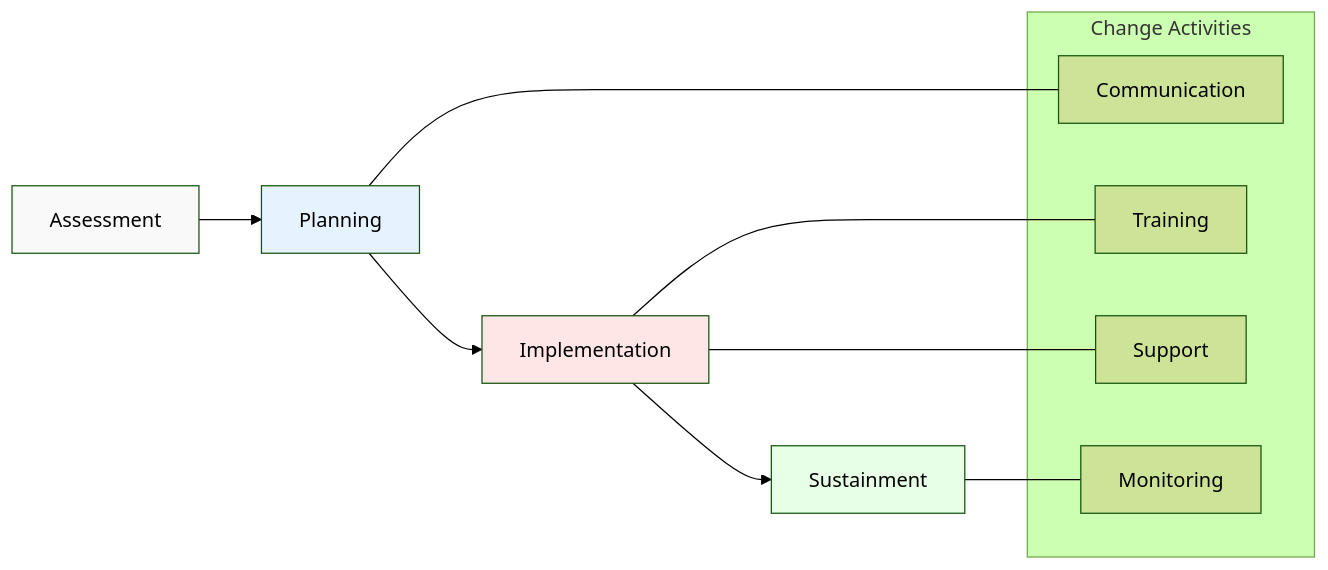
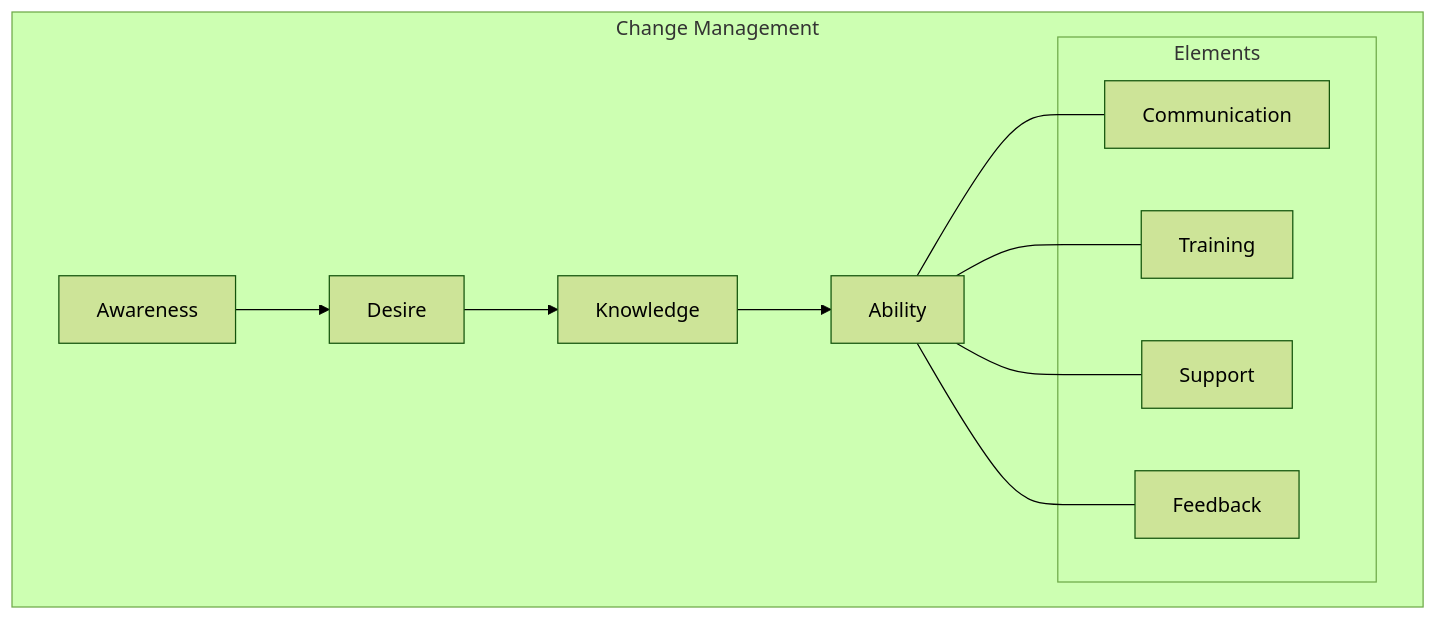
The sixth of 8 diagrams in enterprise_data_architecture/chapters/07_transformation.md (data-octo/agentic_ai_research), drawn with Mermaid (forest theme) before and after one commit. The commit also changed other lines of this file and 11 other files, not shown here.

````diff
--- a/enterprise_data_architecture/chapters/07_transformation.md
+++ b/enterprise_data_architecture/chapters/07_transformation.md
@@ -127,23 +228,20 @@
 ```mermaid
-flowchart LR
-    A[Assessment] --> B[Planning]
-    B --> C[Implementation]
-    C --> D[Sustainment]
-    
-    subgraph "Change Activities"
-        E[Communication]
-        F[Training]
-        G[Support]
-        H[Monitoring]
+graph TB
+    subgraph "Change Management"
+        A[Awareness] --> B[Desire]
+        B --> C[Knowledge]
+        C --> D[Ability]
+        
+        subgraph "Elements"
+            E[Communication]
+            F[Training]
+            G[Support]
+            H[Feedback]
+        end
+        
+        D --- E
+        D --- F
+        D --- G
+        D --- H
     end
-    
-    B --- E
-    C --- F
-    C --- G
-    D --- H
-    
-    style A fill:#f9f9f9
-    style B fill:#e6f3ff
-    style C fill:#ffe6e6
-    style D fill:#e6ffe6
 ```
````
